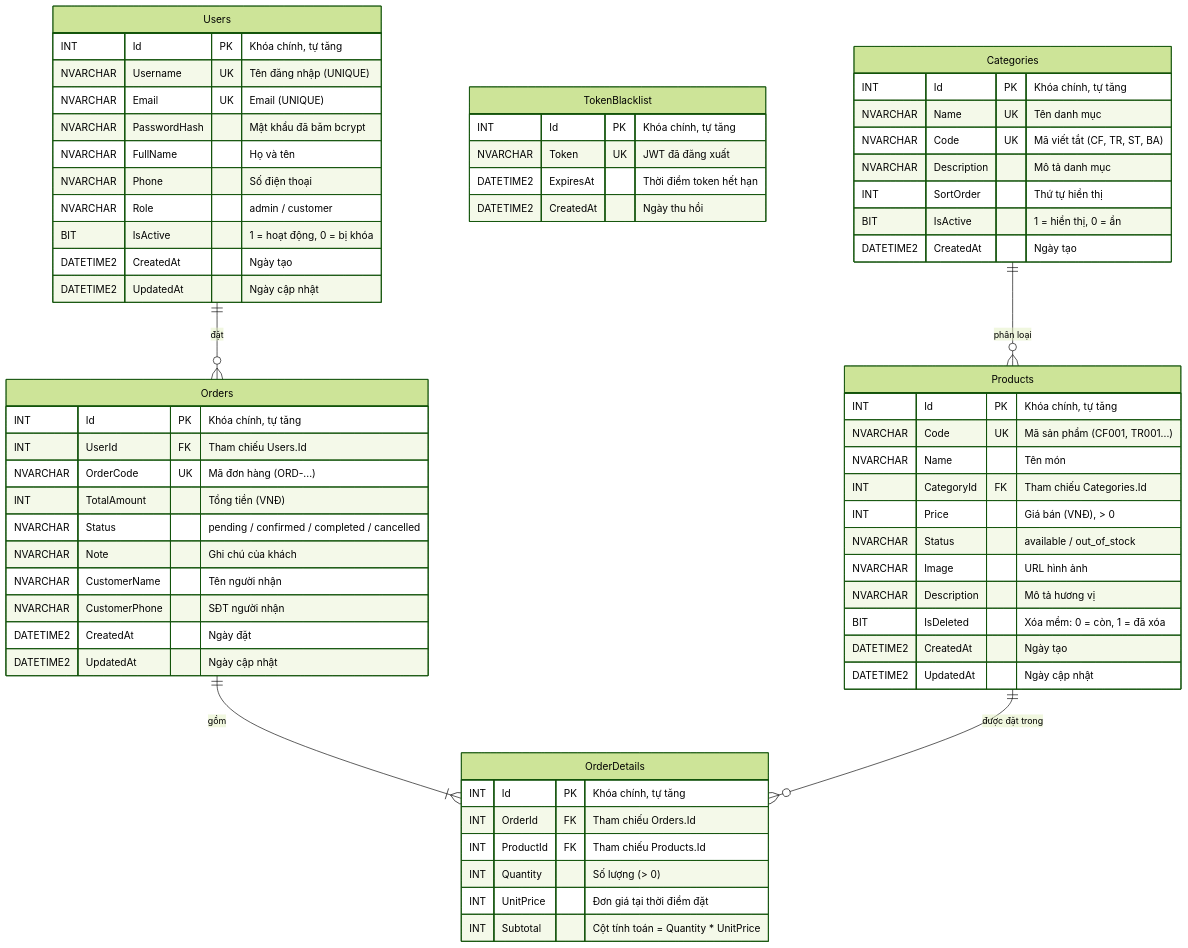
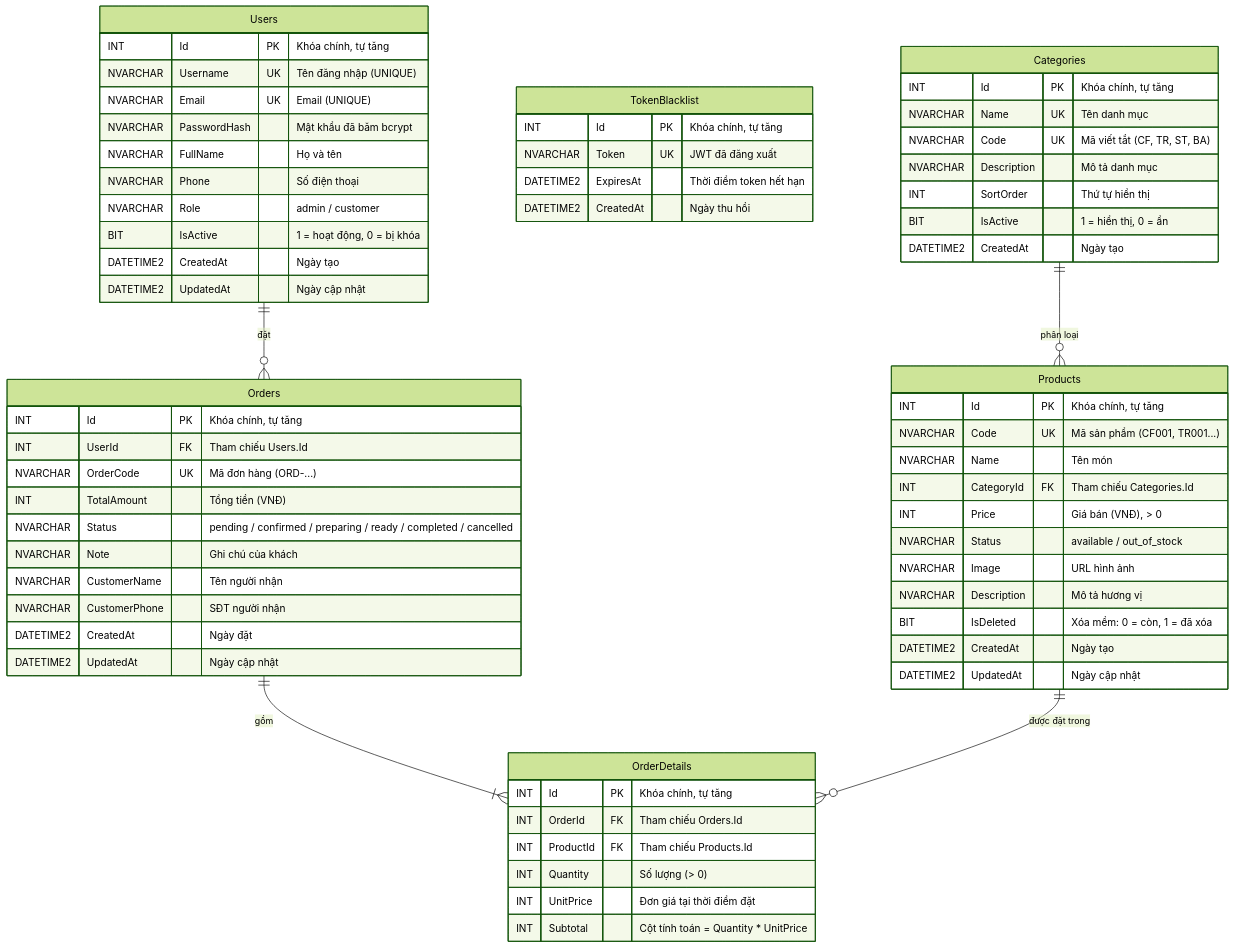
One commit to NguyenXuanAnh27/PTUD-Web- changed the diagram in backend/docs/ERD.md. Above: the diagram before and after it, drawn with Mermaid (forest theme). The commit also changed 19 other files, not shown here.

````diff
--- a/backend/docs/ERD.md
+++ b/backend/docs/ERD.md
@@ -5,73 +5,73 @@
 ```mermaid
 erDiagram
     Users {
         INT Id PK "Khóa chính, tự tăng"
         NVARCHAR Username UK "Tên đăng nhập (UNIQUE)"
         NVARCHAR Email UK "Email (UNIQUE)"
         NVARCHAR PasswordHash "Mật khẩu đã băm bcrypt"
         NVARCHAR FullName "Họ và tên"
         NVARCHAR Phone "Số điện thoại"
         NVARCHAR Role "admin / customer"
         BIT IsActive "1 = hoạt động, 0 = bị khóa"
         DATETIME2 CreatedAt "Ngày tạo"
         DATETIME2 UpdatedAt "Ngày cập nhật"
     }
 
     TokenBlacklist {
         INT Id PK "Khóa chính, tự tăng"
         NVARCHAR Token UK "JWT đã đăng xuất"
         DATETIME2 ExpiresAt "Thời điểm token hết hạn"
         DATETIME2 CreatedAt "Ngày thu hồi"
     }
 
     Categories {
         INT Id PK "Khóa chính, tự tăng"
         NVARCHAR Name UK "Tên danh mục"
         NVARCHAR Code UK "Mã viết tắt (CF, TR, ST, BA)"
         NVARCHAR Description "Mô tả danh mục"
         INT SortOrder "Thứ tự hiển thị"
         BIT IsActive "1 = hiển thị, 0 = ẩn"
         DATETIME2 CreatedAt "Ngày tạo"
     }
 
     Products {
         INT Id PK "Khóa chính, tự tăng"
         NVARCHAR Code UK "Mã sản phẩm (CF001, TR001...)"
         NVARCHAR Name "Tên món"
         INT CategoryId FK "Tham chiếu Categories.Id"
         INT Price "Giá bán (VNĐ), > 0"
         NVARCHAR Status "available / out_of_stock"
         NVARCHAR Image "URL hình ảnh"
         NVARCHAR Description "Mô tả hương vị"
         BIT IsDeleted "Xóa mềm: 0 = còn, 1 = đã xóa"
         DATETIME2 CreatedAt "Ngày tạo"
         DATETIME2 UpdatedAt "Ngày cập nhật"
     }
 
     Orders {
         INT Id PK "Khóa chính, tự tăng"
         INT UserId FK "Tham chiếu Users.Id"
         NVARCHAR OrderCode UK "Mã đơn hàng (ORD-...)"
         INT TotalAmount "Tổng tiền (VNĐ)"
-        NVARCHAR Status "pending / confirmed / completed / cancelled"
+        NVARCHAR Status "pending / confirmed / preparing / ready / completed / cancelled"
         NVARCHAR Note "Ghi chú của khách"
         NVARCHAR CustomerName "Tên người nhận"
         NVARCHAR CustomerPhone "SĐT người nhận"
         DATETIME2 CreatedAt "Ngày đặt"
         DATETIME2 UpdatedAt "Ngày cập nhật"
     }
 
     OrderDetails {
         INT Id PK "Khóa chính, tự tăng"
         INT OrderId FK "Tham chiếu Orders.Id"
         INT ProductId FK "Tham chiếu Products.Id"
         INT Quantity "Số lượng (> 0)"
         INT UnitPrice "Đơn giá tại thời điểm đặt"
         INT Subtotal "Cột tính toán = Quantity * UnitPrice"
     }
 
     Categories ||--o{ Products : "phân loại"
     Users ||--o{ Orders : "đặt"
     Orders ||--|{ OrderDetails : "gồm"
     Products ||--o{ OrderDetails : "được đặt trong"
 ```
````
